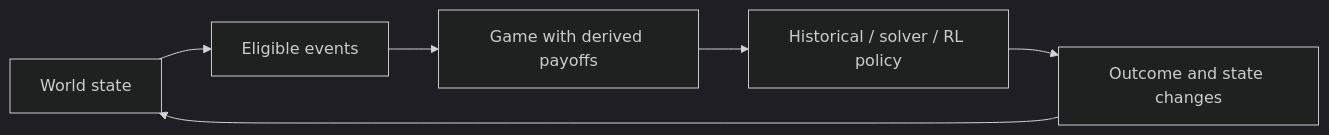
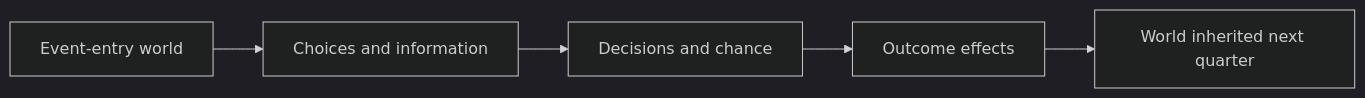
One commit to johnz1104/personal-website changed the diagram in src/writeups/cold-war-simulator.md. Above: the diagram before and after it, drawn with Mermaid (dark theme). The commit also changed other lines of this file and 12 other files, not shown here.

````diff
--- a/src/writeups/cold-war-simulator.md
+++ b/src/writeups/cold-war-simulator.md
@@ -27,8 +185,7 @@
 ```mermaid
 flowchart LR
-    W[World state] --> E[Eligible events]
-    E --> G[Game with derived payoffs]
-    G --> P[Historical / solver / RL policy]
-    P --> O[Outcome and state changes]
-    O --> W
+    W[Event-entry world] --> G[Choices and information]
+    G --> P[Decisions and chance]
+    P --> O[Outcome effects]
+    O --> N[World inherited next quarter]
 ```
````
